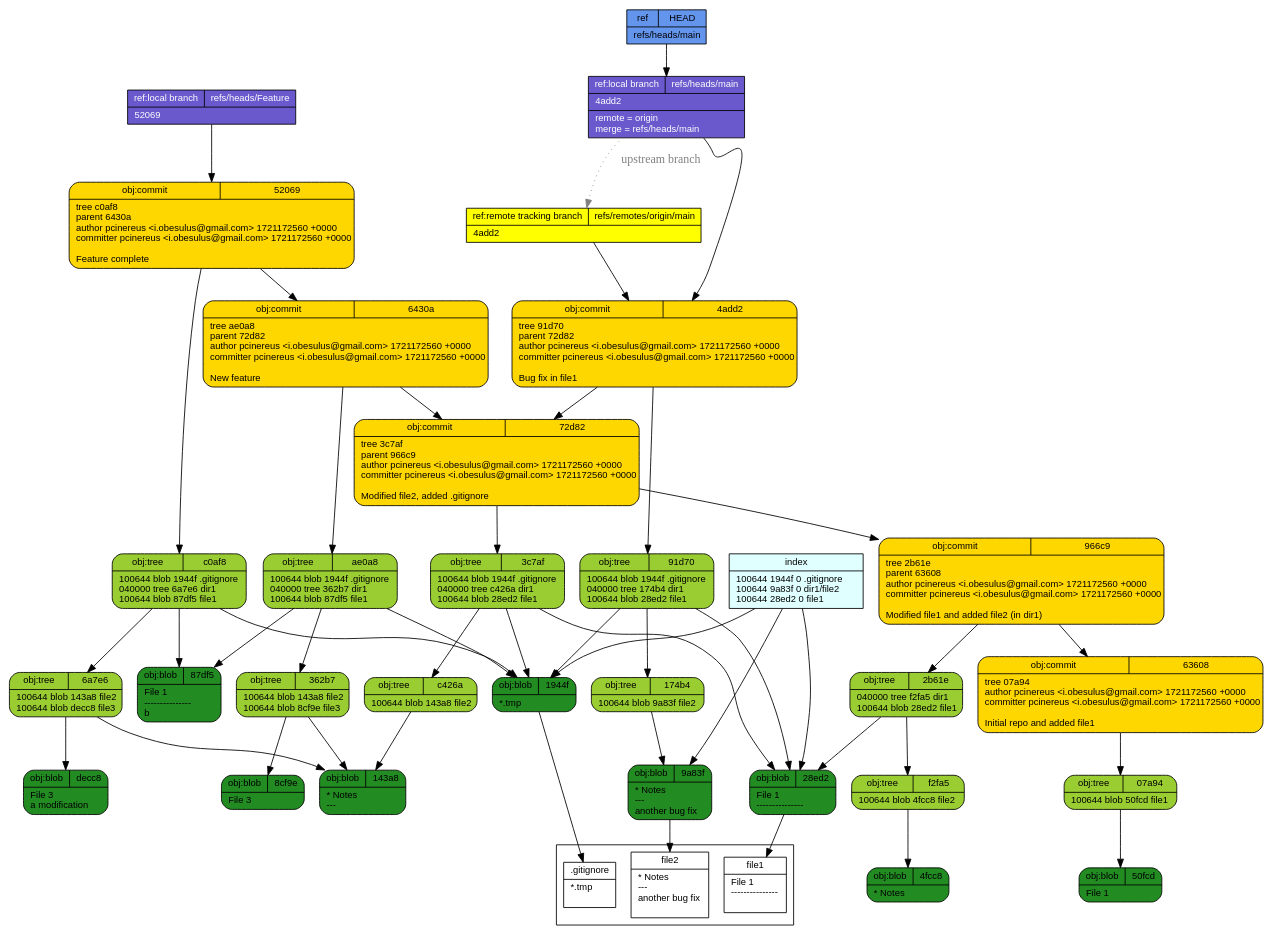
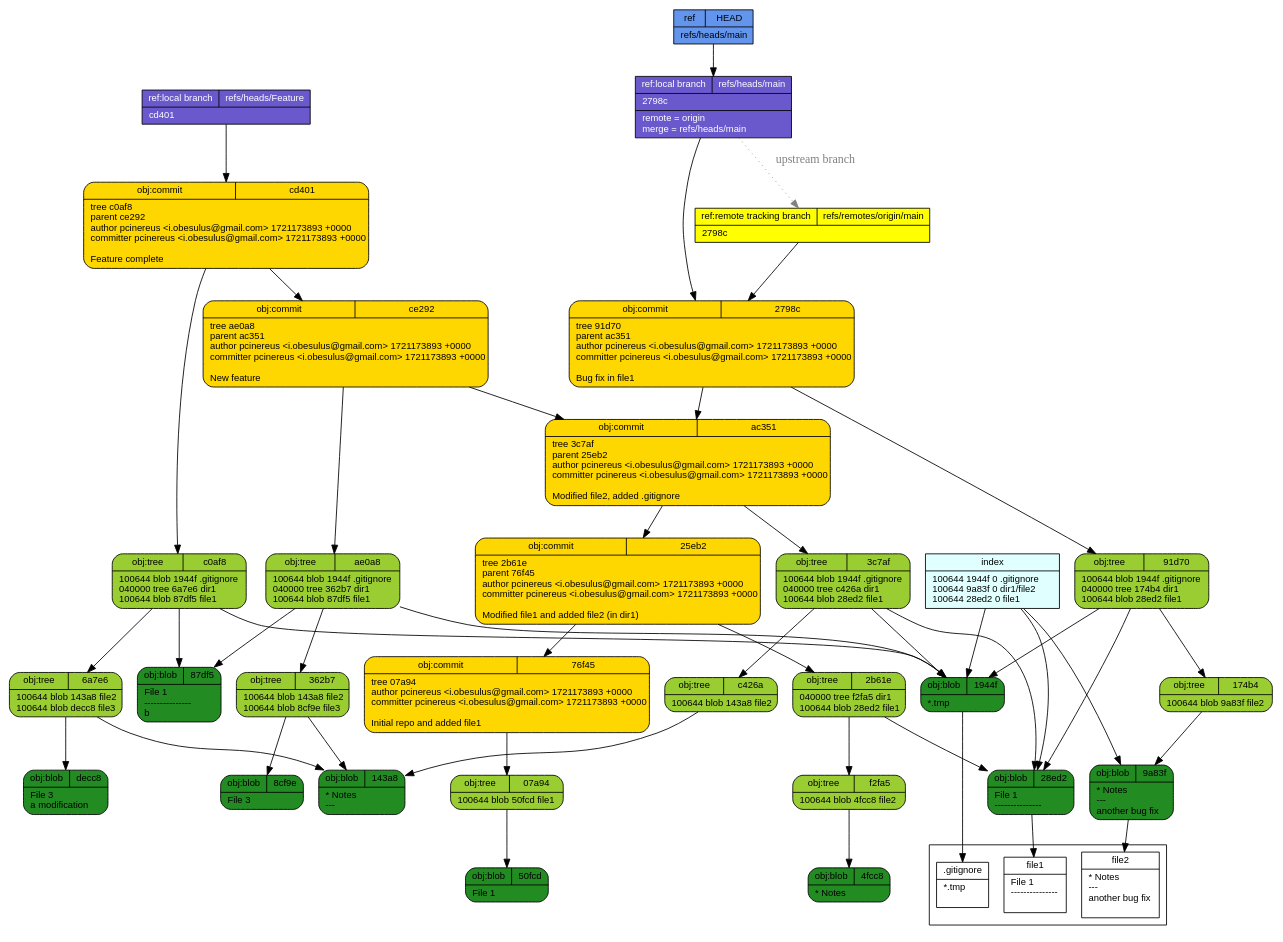
One commit to pcinereus/SUYRs_documents changed the diagram in tut/git-draw.dot. Above: the diagram before and after it, drawn with Graphviz. The commit also changed 601 other files, not shown here.

```diff
--- a/tut/git-draw.dot
+++ b/tut/git-draw.dot
@@ -1,57 +1,57 @@
 digraph structs {
   node [shape=record,fontsize=11,fontname="arial"];
   rankdir="TB";
   _f2fa5 [fillcolor="yellowgreen", style="filled,rounded", label="{{obj:tree|f2fa5}|100644\ blob\ 4fcc8\	file2\l}"]  _f2fa5 -> _4fcc8
-  _966c9 [fillcolor="gold", style="filled,rounded", label="{{obj:commit|966c9}|tree\ 2b61e\lparent\ 63608\lauthor\ pcinereus\ \<i\.obesulus\@gmail\.com\>\ 1721172560\ \+0000\lcommitter\ pcinereus\ \<i\.obesulus\@gmail\.com\>\ 1721172560\ \+0000\l\lModified\ file1\ and\ added\ file2\ \(in\ dir1\)\l}"]  _966c9 -> _2b61e
-  _966c9 -> _63608
-  _72d82 [fillcolor="gold", style="filled,rounded", label="{{obj:commit|72d82}|tree\ 3c7af\lparent\ 966c9\lauthor\ pcinereus\ \<i\.obesulus\@gmail\.com\>\ 1721172560\ \+0000\lcommitter\ pcinereus\ \<i\.obesulus\@gmail\.com\>\ 1721172560\ \+0000\l\lModified\ file2\,\ added\ \.gitignore\l}"]  _72d82 -> _3c7af
-  _72d82 -> _966c9
   _07a94 [fillcolor="yellowgreen", style="filled,rounded", label="{{obj:tree|07a94}|100644\ blob\ 50fcd\	file1\l}"]  _07a94 -> _50fcd
   _143a8 [fillcolor="forestgreen", style="filled,rounded", label="{{obj:blob|143a8}|\*\ Notes\l\-\-\-\l}"]  _c0af8 [fillcolor="yellowgreen", style="filled,rounded", label="{{obj:tree|c0af8}|100644\ blob\ 1944f\	\.gitignore\l040000\ tree\ 6a7e6\	dir1\l100644\ blob\ 87df5\	file1\l}"]  _c0af8 -> _1944f
   _c0af8 -> _6a7e6
   _c0af8 -> _87df5
-  _4fcc8 [fillcolor="forestgreen", style="filled,rounded", label="{{obj:blob|4fcc8}|\*\ Notes\l}"]  _63608 [fillcolor="gold", style="filled,rounded", label="{{obj:commit|63608}|tree\ 07a94\lauthor\ pcinereus\ \<i\.obesulus\@gmail\.com\>\ 1721172560\ \+0000\lcommitter\ pcinereus\ \<i\.obesulus\@gmail\.com\>\ 1721172560\ \+0000\l\lInitial\ repo\ and\ added\ file1\l}"]  _63608 -> _07a94
-  _c426a [fillcolor="yellowgreen", style="filled,rounded", label="{{obj:tree|c426a}|100644\ blob\ 143a8\	file2\l}"]  _c426a -> _143a8
-  _1944f [fillcolor="forestgreen", style="filled,rounded", label="{{obj:blob|1944f}|\*\.tmp\l}"]  _50fcd [fillcolor="forestgreen", style="filled,rounded", label="{{obj:blob|50fcd}|File\ 1\l}"]  _8cf9e [fillcolor="forestgreen", style="filled,rounded", label="{{obj:blob|8cf9e}|File\ 3\l}"]  _6430a [fillcolor="gold", style="filled,rounded", label="{{obj:commit|6430a}|tree\ ae0a8\lparent\ 72d82\lauthor\ pcinereus\ \<i\.obesulus\@gmail\.com\>\ 1721172560\ \+0000\lcommitter\ pcinereus\ \<i\.obesulus\@gmail\.com\>\ 1721172560\ \+0000\l\lNew\ feature\l}"]  _6430a -> _ae0a8
-  _6430a -> _72d82
+  _4fcc8 [fillcolor="forestgreen", style="filled,rounded", label="{{obj:blob|4fcc8}|\*\ Notes\l}"]  _c426a [fillcolor="yellowgreen", style="filled,rounded", label="{{obj:tree|c426a}|100644\ blob\ 143a8\	file2\l}"]  _c426a -> _143a8
+  _1944f [fillcolor="forestgreen", style="filled,rounded", label="{{obj:blob|1944f}|\*\.tmp\l}"]  _50fcd [fillcolor="forestgreen", style="filled,rounded", label="{{obj:blob|50fcd}|File\ 1\l}"]  _cd401 [fillcolor="gold", style="filled,rounded", label="{{obj:commit|cd401}|tree\ c0af8\lparent\ ce292\lauthor\ pcinereus\ \<i\.obesulus\@gmail\.com\>\ 1721173893\ \+0000\lcommitter\ pcinereus\ \<i\.obesulus\@gmail\.com\>\ 1721173893\ \+0000\l\lFeature\ complete\l}"]  _cd401 -> _c0af8
+  _cd401 -> _ce292
+  _8cf9e [fillcolor="forestgreen", style="filled,rounded", label="{{obj:blob|8cf9e}|File\ 3\l}"]  _76f45 [fillcolor="gold", style="filled,rounded", label="{{obj:commit|76f45}|tree\ 07a94\lauthor\ pcinereus\ \<i\.obesulus\@gmail\.com\>\ 1721173893\ \+0000\lcommitter\ pcinereus\ \<i\.obesulus\@gmail\.com\>\ 1721173893\ \+0000\l\lInitial\ repo\ and\ added\ file1\l}"]  _76f45 -> _07a94
+  _ce292 [fillcolor="gold", style="filled,rounded", label="{{obj:commit|ce292}|tree\ ae0a8\lparent\ ac351\lauthor\ pcinereus\ \<i\.obesulus\@gmail\.com\>\ 1721173893\ \+0000\lcommitter\ pcinereus\ \<i\.obesulus\@gmail\.com\>\ 1721173893\ \+0000\l\lNew\ feature\l}"]  _ce292 -> _ae0a8
+  _ce292 -> _ac351
   _91d70 [fillcolor="yellowgreen", style="filled,rounded", label="{{obj:tree|91d70}|100644\ blob\ 1944f\	\.gitignore\l040000\ tree\ 174b4\	dir1\l100644\ blob\ 28ed2\	file1\l}"]  _91d70 -> _1944f
   _91d70 -> _174b4
   _91d70 -> _28ed2
+  _2798c [fillcolor="gold", style="filled,rounded", label="{{obj:commit|2798c}|tree\ 91d70\lparent\ ac351\lauthor\ pcinereus\ \<i\.obesulus\@gmail\.com\>\ 1721173893\ \+0000\lcommitter\ pcinereus\ \<i\.obesulus\@gmail\.com\>\ 1721173893\ \+0000\l\lBug\ fix\ in\ file1\l}"]  _2798c -> _91d70
+  _2798c -> _ac351
+  _ac351 [fillcolor="gold", style="filled,rounded", label="{{obj:commit|ac351}|tree\ 3c7af\lparent\ 25eb2\lauthor\ pcinereus\ \<i\.obesulus\@gmail\.com\>\ 1721173893\ \+0000\lcommitter\ pcinereus\ \<i\.obesulus\@gmail\.com\>\ 1721173893\ \+0000\l\lModified\ file2\,\ added\ \.gitignore\l}"]  _ac351 -> _3c7af
+  _ac351 -> _25eb2
+  _25eb2 [fillcolor="gold", style="filled,rounded", label="{{obj:commit|25eb2}|tree\ 2b61e\lparent\ 76f45\lauthor\ pcinereus\ \<i\.obesulus\@gmail\.com\>\ 1721173893\ \+0000\lcommitter\ pcinereus\ \<i\.obesulus\@gmail\.com\>\ 1721173893\ \+0000\l\lModified\ file1\ and\ added\ file2\ \(in\ dir1\)\l}"]  _25eb2 -> _2b61e
+  _25eb2 -> _76f45
   _9a83f [fillcolor="forestgreen", style="filled,rounded", label="{{obj:blob|9a83f}|\*\ Notes\l\-\-\-\l\ another\ bug\ fix\l}"]  _ae0a8 [fillcolor="yellowgreen", style="filled,rounded", label="{{obj:tree|ae0a8}|100644\ blob\ 1944f\	\.gitignore\l040000\ tree\ 362b7\	dir1\l100644\ blob\ 87df5\	file1\l}"]  _ae0a8 -> _1944f
   _ae0a8 -> _362b7
   _ae0a8 -> _87df5
-  _4add2 [fillcolor="gold", style="filled,rounded", label="{{obj:commit|4add2}|tree\ 91d70\lparent\ 72d82\lauthor\ pcinereus\ \<i\.obesulus\@gmail\.com\>\ 1721172560\ \+0000\lcommitter\ pcinereus\ \<i\.obesulus\@gmail\.com\>\ 1721172560\ \+0000\l\lBug\ fix\ in\ file1\l}"]  _4add2 -> _91d70
-  _4add2 -> _72d82
   _2b61e [fillcolor="yellowgreen", style="filled,rounded", label="{{obj:tree|2b61e}|040000\ tree\ f2fa5\	dir1\l100644\ blob\ 28ed2\	file1\l}"]  _2b61e -> _f2fa5
   _2b61e -> _28ed2
   _87df5 [fillcolor="forestgreen", style="filled,rounded", label="{{obj:blob|87df5}|File\ 1\l\-\-\-\-\-\-\-\-\-\-\-\-\-\-\-\lb\l}"]  _362b7 [fillcolor="yellowgreen", style="filled,rounded", label="{{obj:tree|362b7}|100644\ blob\ 143a8\	file2\l100644\ blob\ 8cf9e\	file3\l}"]  _362b7 -> _143a8
   _362b7 -> _8cf9e
   _3c7af [fillcolor="yellowgreen", style="filled,rounded", label="{{obj:tree|3c7af}|100644\ blob\ 1944f\	\.gitignore\l040000\ tree\ c426a\	dir1\l100644\ blob\ 28ed2\	file1\l}"]  _3c7af -> _1944f
   _3c7af -> _c426a
   _3c7af -> _28ed2
   _28ed2 [fillcolor="forestgreen", style="filled,rounded", label="{{obj:blob|28ed2}|File\ 1\l\-\-\-\-\-\-\-\-\-\-\-\-\-\-\-\l}"]  _6a7e6 [fillcolor="yellowgreen", style="filled,rounded", label="{{obj:tree|6a7e6}|100644\ blob\ 143a8\	file2\l100644\ blob\ decc8\	file3\l}"]  _6a7e6 -> _143a8
   _6a7e6 -> _decc8
   _174b4 [fillcolor="yellowgreen", style="filled,rounded", label="{{obj:tree|174b4}|100644\ blob\ 9a83f\	file2\l}"]  _174b4 -> _9a83f
-  _decc8 [fillcolor="forestgreen", style="filled,rounded", label="{{obj:blob|decc8}|File\ 3\l\ a\ modification\l}"]  _52069 [fillcolor="gold", style="filled,rounded", label="{{obj:commit|52069}|tree\ c0af8\lparent\ 6430a\lauthor\ pcinereus\ \<i\.obesulus\@gmail\.com\>\ 1721172560\ \+0000\lcommitter\ pcinereus\ \<i\.obesulus\@gmail\.com\>\ 1721172560\ \+0000\l\lFeature\ complete\l}"]  _52069 -> _c0af8
-  _52069 -> _6430a
-  _refs___heads___Feature [style=filled, fillcolor=slateblue3, fontcolor = white,  label="{{ref:local branch|refs\/heads\/Feature}|52069\l}"]
-  _refs___heads___Feature -> _52069
+  _decc8 [fillcolor="forestgreen", style="filled,rounded", label="{{obj:blob|decc8}|File\ 3\l\ a\ modification\l}"]  _refs___heads___Feature [style=filled, fillcolor=slateblue3, fontcolor = white,  label="{{ref:local branch|refs\/heads\/Feature}|cd401\l}"]
+  _refs___heads___Feature -> _cd401
   _refs___heads___main -> _refs___remotes___origin___main [style=dotted, color=gray, fontcolor=gray, label="upstream branch"]
-  _refs___heads___main [style=filled, fillcolor=slateblue3, fontcolor = white,  label="{{ref:local branch|refs\/heads\/main}|4add2\l|remote\ \=\ origin\lmerge\ \=\ refs\/heads\/main\l}"]
-  _refs___heads___main -> _4add2
-  _refs___remotes___origin___main [style=filled, fillcolor=yellow, fontcolor = black,  label="{{ref:remote tracking branch|refs\/remotes\/origin\/main}|4add2\l}"]
-  _refs___remotes___origin___main -> _4add2
+  _refs___heads___main [style=filled, fillcolor=slateblue3, fontcolor = white,  label="{{ref:local branch|refs\/heads\/main}|2798c\l|remote\ \=\ origin\lmerge\ \=\ refs\/heads\/main\l}"]
+  _refs___heads___main -> _2798c
+  _refs___remotes___origin___main [style=filled, fillcolor=yellow, fontcolor = black,  label="{{ref:remote tracking branch|refs\/remotes\/origin\/main}|2798c\l}"]
+  _refs___remotes___origin___main -> _2798c
   _HEAD [style=filled, fillcolor=cornflowerblue, fontcolor=black,  label="{{ref|HEAD}|refs\/heads\/main\l}"]
   _HEAD -> _refs___heads___main
   index -> _1944f
   index -> _9a83f
   index -> _28ed2
   index [style=filled, fillcolor=lightcyan, label="{{index}|100644\ 1944f\ 0\	\.gitignore\l100644\ 9a83f\ 0\	dir1\/file2\l100644\ 28ed2\ 0\	file1\l}"]
 subgraph cluster_1 {rank=sink  _gitignore [fillcolor="white", label="{{.gitignore}|*.tmp\l\l}"] 
   _file2 [fillcolor="white", label="{{file2}|* Notes\l---\l another bug fix\l\l}"] 
   _file1 [fillcolor="white", label="{{file1}|File 1\l---------------\l\l}"] 
 }
  _1944f -> _gitignore
  _9a83f -> _file2
  _28ed2 -> _file1
 }
```
